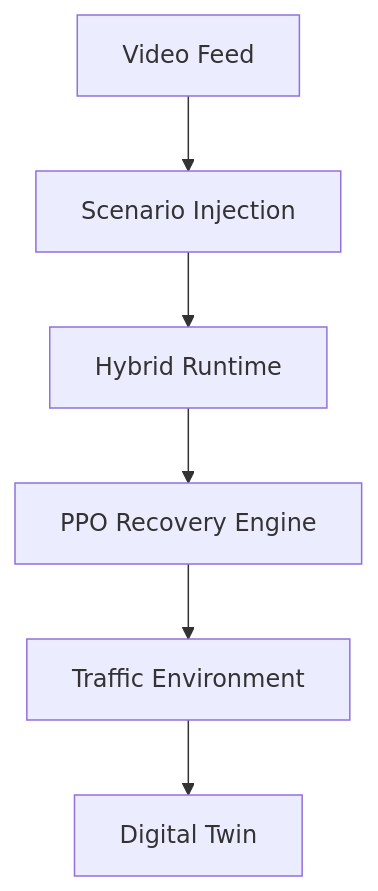
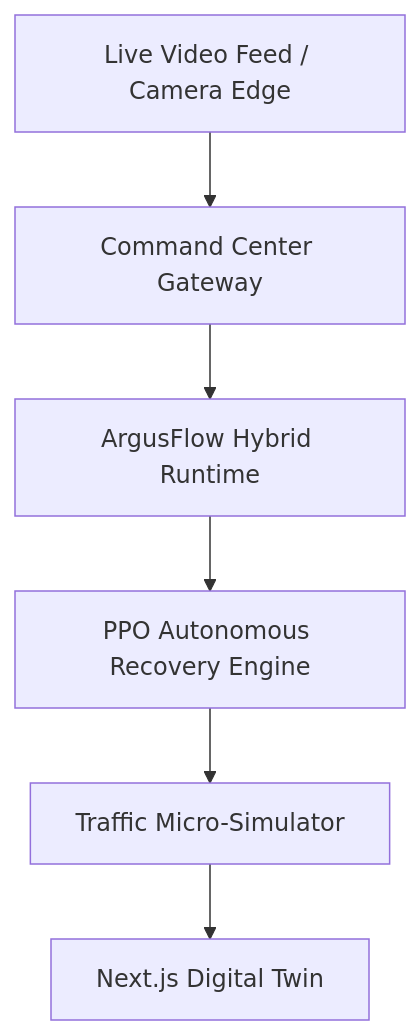
Before and after one commit to Khushijangra/argus-flow: the diagram in README.md, drawn with Mermaid. The commit also changed other lines of this file, not shown here.

````diff
--- a/README.md
+++ b/README.md
@@ -32,8 +20,8 @@
 ```mermaid
 graph TD
-    VF[Video Feed] --> SI[Scenario Injection]
-    SI --> HR[Hybrid Runtime]
-    HR --> PPO[PPO Recovery Engine]
-    PPO --> TE[Traffic Environment]
-    TE --> DT[Digital Twin]
+    VF[Live Video Feed / Camera Edge] --> SI[Command Center Gateway]
+    SI --> HR[ArgusFlow Hybrid Runtime]
+    HR --> PPO[PPO Autonomous Recovery Engine]
+    PPO --> TE[Traffic Micro-Simulator]
+    TE --> DT[Next.js Digital Twin]
 ```
````
